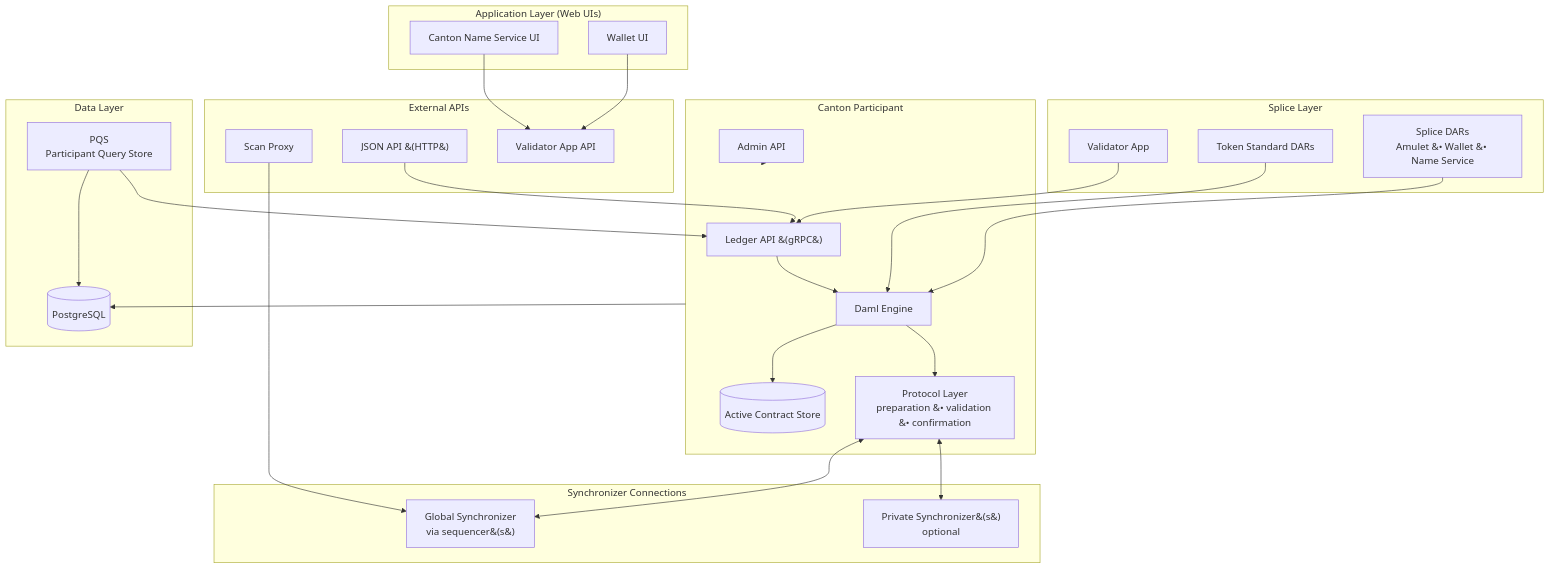
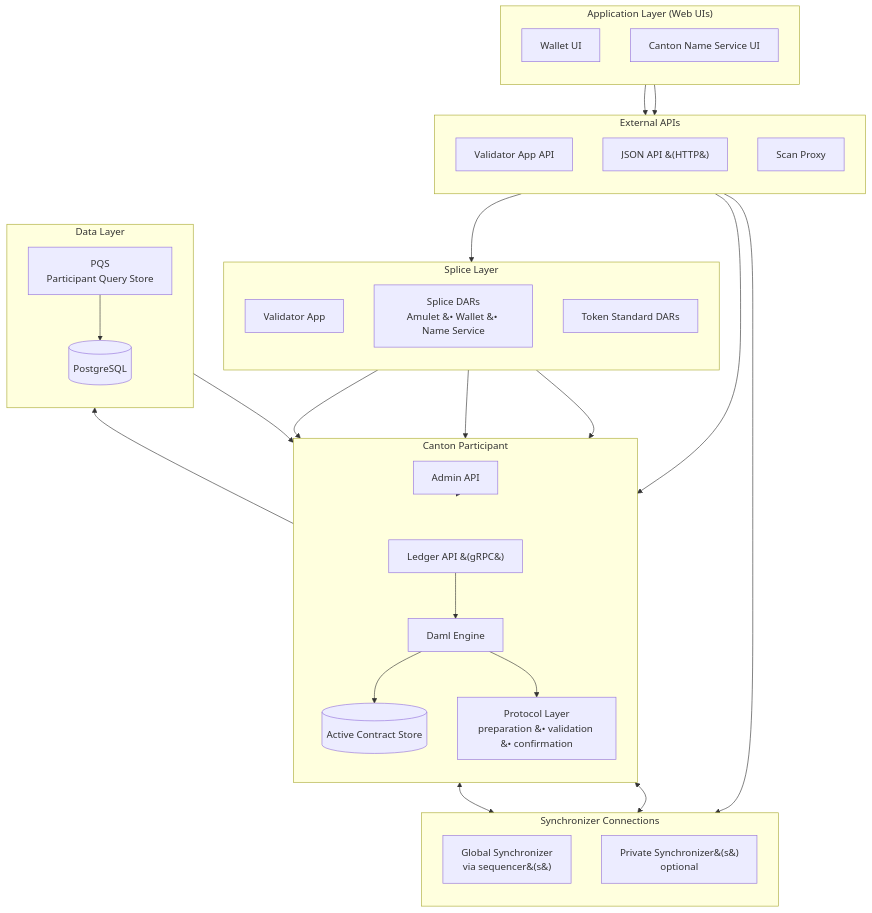
Before and after one commit to canton-network/cf-docs: the diagram in docs-main/overview/reference/validator-node-components.mdx, drawn with Mermaid. The commit also changed 1 other file, not shown here.

Commit message:
Address review comments on PR #14 overview-reassignment-components
- Rename table header from "Step" to "State" and section heading to match
- Restructure validator node component diagram for vertical layout

````diff
--- a/docs-main/overview/reference/validator-node-components.mdx
+++ b/docs-main/overview/reference/validator-node-components.mdx
@@ -10,54 +10,61 @@
 ```mermaid
 flowchart TB
     subgraph UI["Application Layer (Web UIs)"]
+        direction TB
         WUI[Wallet UI]
         CNSUI[Canton Name Service UI]
     end
 
+    subgraph APIS["External APIs"]
+        direction TB
+        VALAPI[Validator App API]
+        JAPI[JSON API &#40;HTTP&#41;]
+        SCANP[Scan Proxy]
+    end
+
     subgraph SPLICE["Splice Layer"]
+        direction TB
         VAPP[Validator App]
         SDARS[Splice DARs<br>Amulet &#8226; Wallet &#8226; Name Service]
         TSDARS[Token Standard DARs]
     end
 
     subgraph PARTICIPANT["Canton Participant"]
+        direction TB
         LAPI[Ledger API &#40;gRPC&#41;]
         AAPI[Admin API]
         ENGINE[Daml Engine]
         ACS[(Active Contract Store)]
         PROTO[Protocol Layer<br>preparation &#8226; validation &#8226; confirmation]
     end
 
-    subgraph APIS["External APIs"]
-        JAPI[JSON API &#40;HTTP&#41;]
-        SCANP[Scan Proxy]
-        VALAPI[Validator App API]
-    end
-
     subgraph DATA["Data Layer"]
+        direction TB
+        PQS[PQS<br>Participant Query Store]
         PG[(PostgreSQL)]
-        PQS[PQS<br>Participant Query Store]
     end
 
     subgraph SYNC["Synchronizer Connections"]
+        direction TB
         GS[Global Synchronizer<br>via sequencer&#40;s&#41;]
         PS[Private Synchronizer&#40;s&#41;<br>optional]
     end
 
     WUI --> VALAPI
     CNSUI --> VALAPI
+    VALAPI --> VAPP
     VAPP --> LAPI
     SDARS --> ENGINE
     TSDARS --> ENGINE
+    LAPI --> ENGINE
+    JAPI --> LAPI
+    PQS --> LAPI
     ENGINE --> ACS
     ENGINE --> PROTO
+    AAPI --> PARTICIPANT
+    PARTICIPANT --> PG
+    PQS --> PG
     PROTO <--> GS
     PROTO <--> PS
-    LAPI --> ENGINE
-    JAPI --> LAPI
-    AAPI --> PARTICIPANT
     SCANP --> GS
-    PARTICIPANT --> PG
-    PQS --> LAPI
-    PQS --> PG
 ```
````
